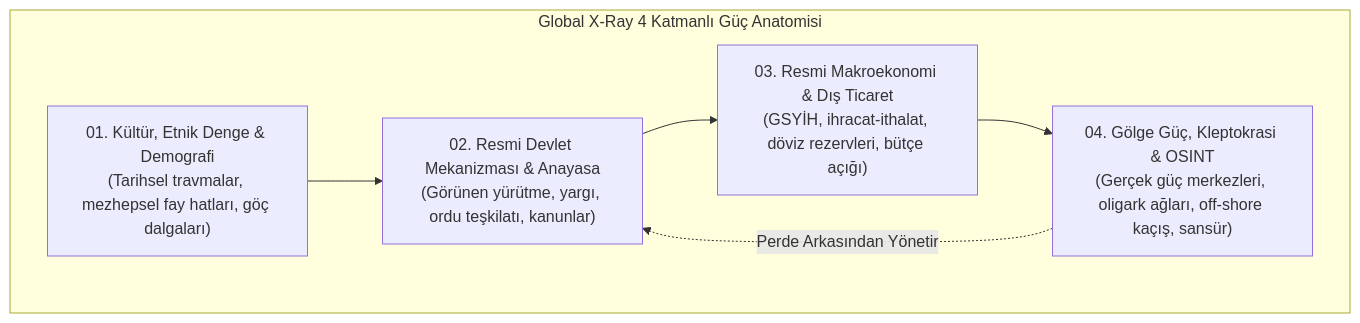
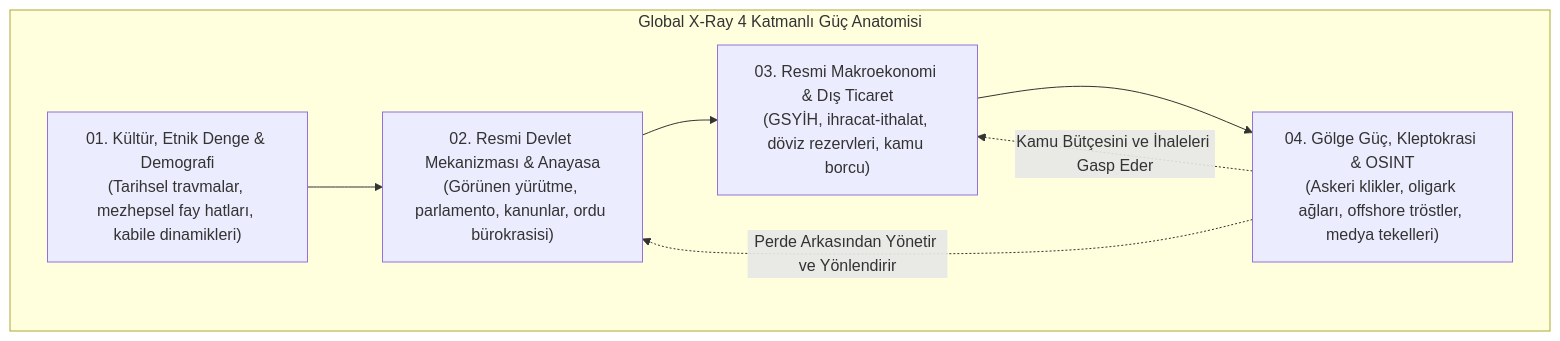
The first of 2 diagrams in README.md (bahattinyunus/Global-X-Ray), drawn with Mermaid before and after one commit. The commit also changed other lines of this file and 1 other file, not shown here.

Commit message:
docs: rewrite master README into comprehensive authoritative OSINT doctrine

````diff
--- a/README.md
+++ b/README.md
@@ -64,13 +119,14 @@
 ```mermaid
 flowchart TD
     subgraph Katmanlar["Global X-Ray 4 Katmanlı Güç Anatomisi"]
-        L1["01. Kültür, Etnik Denge & Demografi<br/>(Tarihsel travmalar, mezhepsel fay hatları, göç dalgaları)"]
-        L2["02. Resmi Devlet Mekanizması & Anayasa<br/>(Görünen yürütme, yargı, ordu teşkilatı, kanunlar)"]
-        L3["03. Resmi Makroekonomi & Dış Ticaret<br/>(GSYİH, ihracat-ithalat, döviz rezervleri, bütçe açığı)"]
-        L4["04. Gölge Güç, Kleptokrasi & OSINT<br/>(Gerçek güç merkezleri, oligark ağları, off-shore kaçış, sansür)"]
+        L1["01. Kültür, Etnik Denge & Demografi<br/>(Tarihsel travmalar, mezhepsel fay hatları, kabile dinamikleri)"]
+        L2["02. Resmi Devlet Mekanizması & Anayasa<br/>(Görünen yürütme, parlamento, kanunlar, ordu bürokrasisi)"]
+        L3["03. Resmi Makroekonomi & Dış Ticaret<br/>(GSYİH, ihracat-ithalat, döviz rezervleri, kamu borcu)"]
+        L4["04. Gölge Güç, Kleptokrasi & OSINT<br/>(Askeri klikler, oligark ağları, offshore tröstler, medya tekelleri)"]
     end
     L1 --> L2
     L2 --> L3
     L3 --> L4
-    L4 -.->|"Perde Arkasından Yönetir"| L2
+    L4 -.->|"Perde Arkasından Yönetir ve Yönlendirir"| L2
+    L4 -.->|"Kamu Bütçesini ve İhaleleri Gasp Eder"| L3
 ```
````
